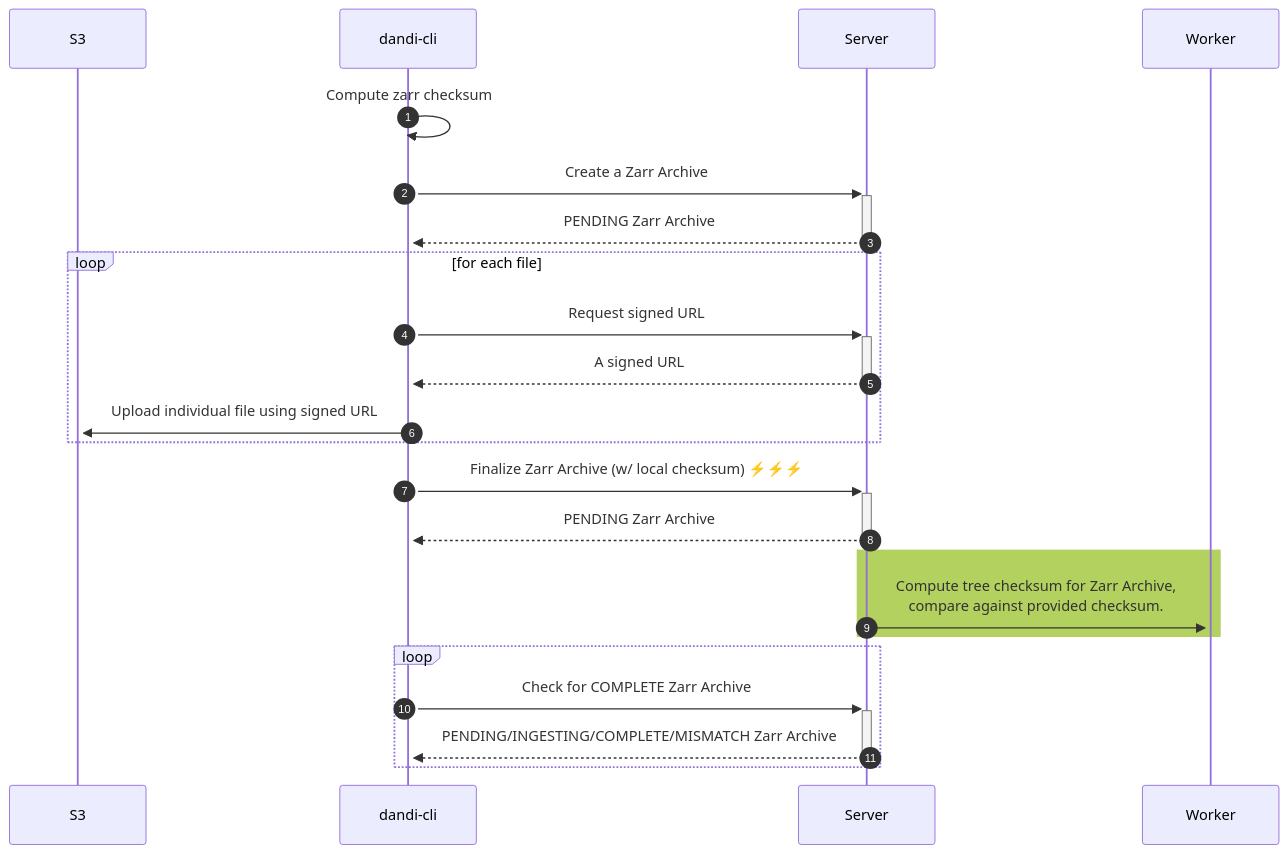
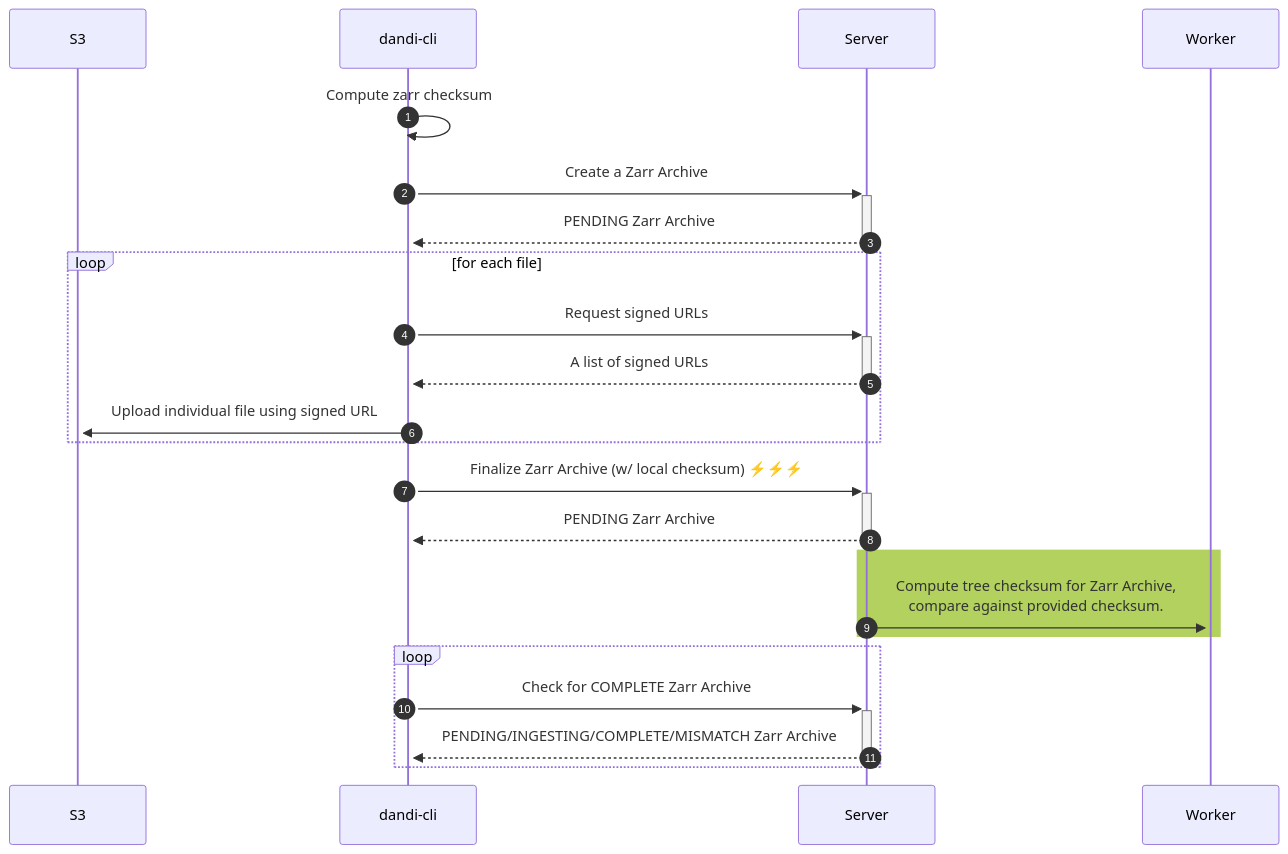
The second of 2 diagrams in doc/design/zarr-performance-redesign.md (dandi/dandi-archive), drawn with Mermaid before and after one commit. The commit also changed other lines of this file, not shown here.

Commit message:
Clarify presigned URL requests

````diff
--- a/doc/design/zarr-performance-redesign.md
+++ b/doc/design/zarr-performance-redesign.md
@@ -88,32 +88,32 @@
 ```mermaid
 sequenceDiagram
     autonumber
 
     participant S3
     participant Client as dandi-cli
     participant Server
     participant Worker
 
     Client->>+Client: Compute zarr checksum
 
     Client->>+Server: Create a Zarr Archive
     Server-->>-Client: PENDING Zarr Archive
 
     loop for each file
-        Client->>+Server: Request signed URL
-        Server-->>-Client: A signed URL
+        Client->>+Server: Request signed URLs
+        Server-->>-Client: A list of signed URLs
         Client->>+S3: Upload individual file using signed URL
     end
 
     Client->>+Server: Finalize Zarr Archive (w/ local checksum) ⚡⚡⚡
     Server-->>-Client: PENDING Zarr Archive
 
     rect rgb(179, 209, 95)
         Server->>+Worker: Compute tree checksum for Zarr Archive, <br/> compare against provided checksum.
     end
 
     loop
         Client->>+Server: Check for COMPLETE Zarr Archive
         Server-->>-Client: PENDING/INGESTING/COMPLETE/MISMATCH Zarr Archive
     end
 ```
````
